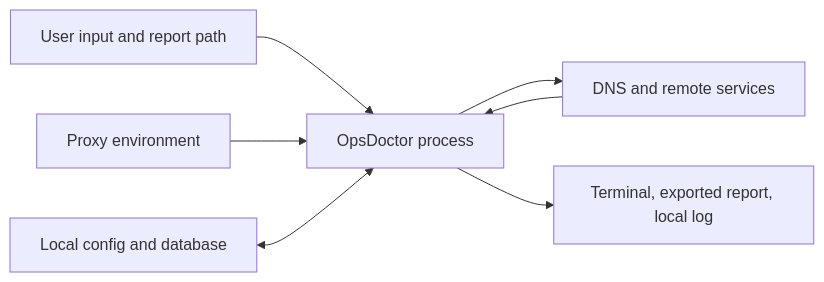
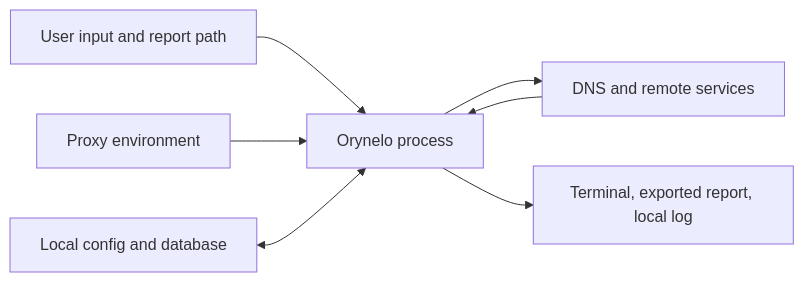
The diagram in docs/security.md (Naenier/Orynelo), drawn with Mermaid before and after one commit. The commit also changed other lines of this file and 99 other files, not shown here.

````diff
--- a/docs/security.md
+++ b/docs/security.md
@@ -13,9 +13,9 @@
 ```mermaid
 flowchart LR
-    USER["User input and report path"] --> APP["OpsDoctor process"]
+    USER["User input and report path"] --> APP["Orynelo process"]
     ENV["Proxy environment"] --> APP
     CONFIG["Local config and database"] <--> APP
     APP --> NET["DNS and remote services"]
     NET --> APP
     APP --> OUTPUT["Terminal, exported report, local log"]
 ```
````
